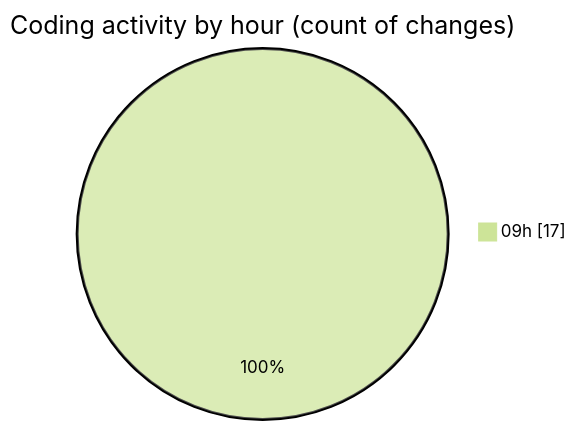
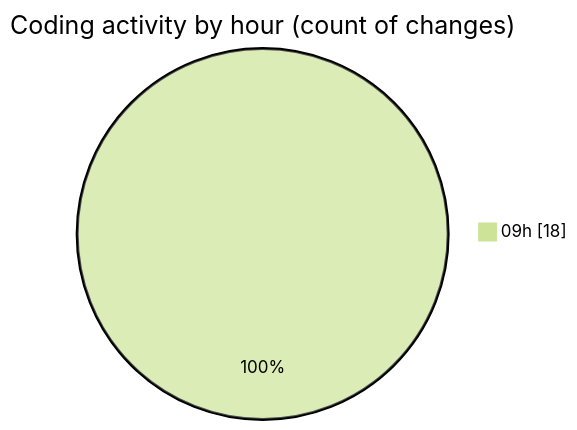
The second of 2 diagrams in 2025-04-30/myws__workspace_/README.md (MatusMokan/code-tracking), drawn with Mermaid (forest theme) before and after one commit. The commit also changed other lines of this file and 1 other file, not shown here.

````diff
--- a/2025-04-30/myws__workspace_/README.md
+++ b/2025-04-30/myws__workspace_/README.md
@@ -35,5 +36,5 @@
 ```mermaid
 pie showData
 title Coding activity by hour (count of changes)
-"09h" : 17
+"09h" : 18
 ```
````
